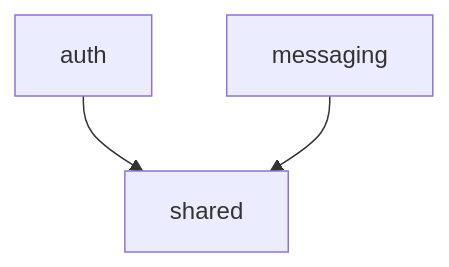
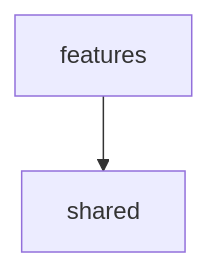
The diagram in pkgs/date_game/lib/logic/DEPENDENCIES.md (date-game-com/date-game), drawn with Mermaid before and after one commit. The commit also changed 8 other files, not shown here.

````diff
--- a/pkgs/date_game/lib/logic/DEPENDENCIES.md
+++ b/pkgs/date_game/lib/logic/DEPENDENCIES.md
@@ -6,5 +6,4 @@
 ```mermaid
 flowchart TD;
-auth-->shared;
-messaging-->shared;
+features-->shared;
 ```
````
